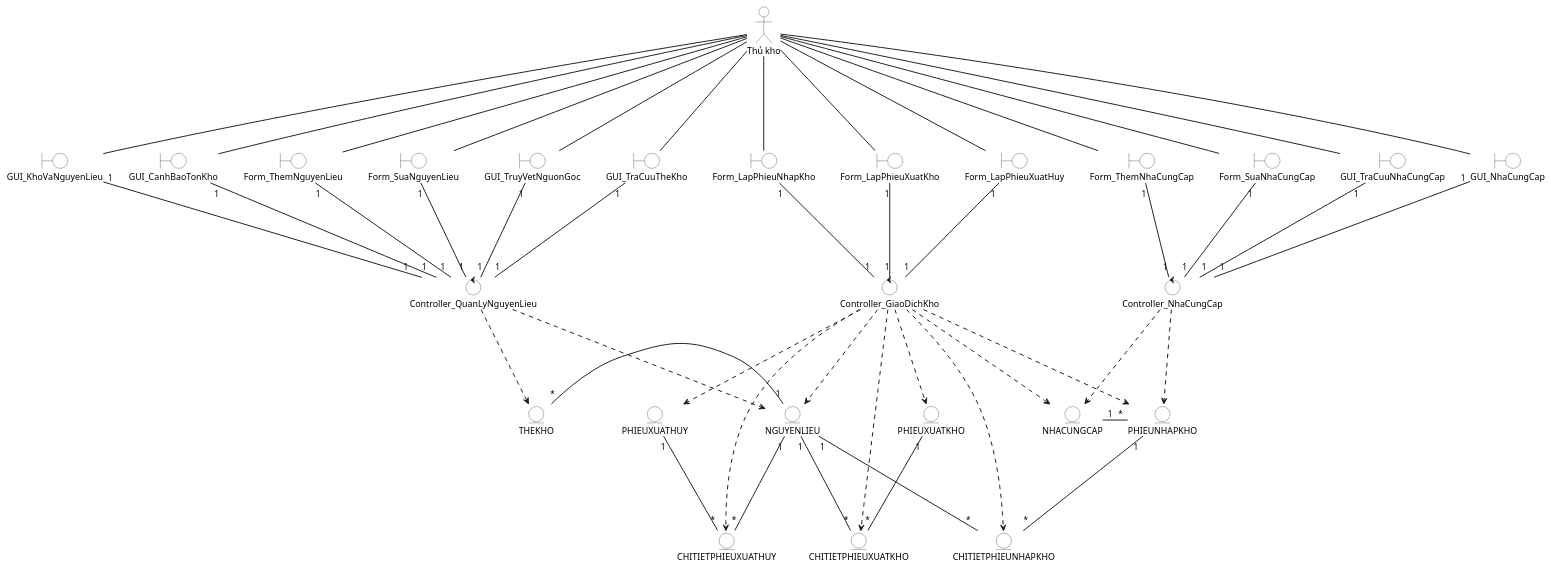
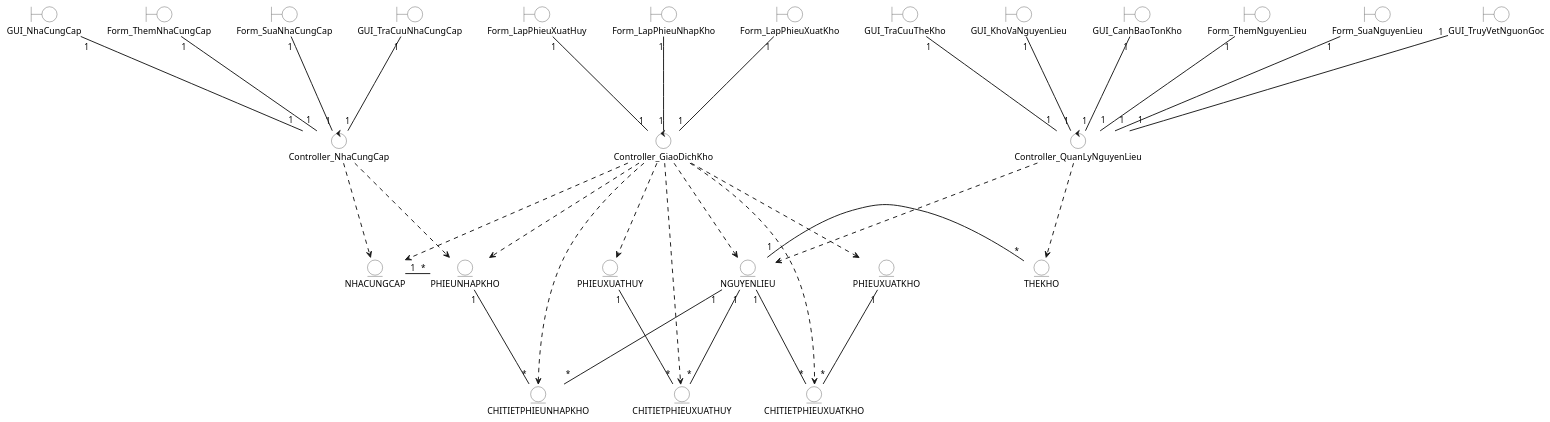
The diagram in diagram/class/general_class_for_actor/GeneralClass_ThuKho.puml (lancelotviendangkhoa710/IS-System-Development), drawn with PlantUML before and after one commit. The commit also changed 12 other files, not shown here.

Commit message:
fix general class diagram

```diff
--- a/diagram/class/general_class_for_actor/GeneralClass_ThuKho.puml
+++ b/diagram/class/general_class_for_actor/GeneralClass_ThuKho.puml
@@ -1,94 +1,94 @@
 @startuml GeneralClassDiagram_ThuKho
 top to bottom direction
 skinparam actorBackgroundColor White
 skinparam boundaryBackgroundColor White
 skinparam controlBackgroundColor White
 skinparam entityBackgroundColor White
 
 ' Điều chỉnh để thu hẹp chiều ngang và kéo giãn chiều dọc
 skinparam nodesep 40
 skinparam ranksep 150
 skinparam arrowThickness 1.5
 
-actor "Thủ kho" as TK
+' actor "Thủ kho" as TK
 
 boundary "Form_LapPhieuNhapKho"
 boundary "Form_LapPhieuXuatHuy"
 boundary "Form_LapPhieuXuatKho"
 boundary "Form_SuaNguyenLieu"
 boundary "Form_SuaNhaCungCap"
 boundary "Form_ThemNguyenLieu"
 boundary "Form_ThemNhaCungCap"
 boundary "GUI_CanhBaoTonKho"
 boundary "GUI_KhoVaNguyenLieu"
 boundary "GUI_NhaCungCap"
 boundary "GUI_TraCuuNhaCungCap"
 boundary "GUI_TraCuuTheKho"
 boundary "GUI_TruyVetNguonGoc"
 
 control "Controller_GiaoDichKho"
 control "Controller_NhaCungCap"
 control "Controller_QuanLyNguyenLieu"
 
 entity "CHITIETPHIEUNHAPKHO"
 entity "CHITIETPHIEUXUATHUY"
 entity "CHITIETPHIEUXUATKHO"
 entity "NGUYENLIEU"
 entity "NHACUNGCAP"
 entity "PHIEUNHAPKHO"
 entity "PHIEUXUATHUY"
 entity "PHIEUXUATKHO"
 entity "THEKHO"
 
-TK -- Form_LapPhieuNhapKho
-TK -- Form_LapPhieuXuatHuy
-TK -- Form_LapPhieuXuatKho
-TK -- Form_SuaNguyenLieu
-TK -- Form_SuaNhaCungCap
-TK -- Form_ThemNguyenLieu
-TK -- Form_ThemNhaCungCap
-TK -- GUI_CanhBaoTonKho
-TK -- GUI_KhoVaNguyenLieu
-TK -- GUI_NhaCungCap
-TK -- GUI_TraCuuNhaCungCap
-TK -- GUI_TraCuuTheKho
-TK -- GUI_TruyVetNguonGoc
+' TK -- Form_LapPhieuNhapKho
+' TK -- Form_LapPhieuXuatHuy
+' TK -- Form_LapPhieuXuatKho
+' TK -- Form_SuaNguyenLieu
+' TK -- Form_SuaNhaCungCap
+' TK -- Form_ThemNguyenLieu
+' TK -- Form_ThemNhaCungCap
+' TK -- GUI_CanhBaoTonKho
+' TK -- GUI_KhoVaNguyenLieu
+' TK -- GUI_NhaCungCap
+' TK -- GUI_TraCuuNhaCungCap
+' TK -- GUI_TraCuuTheKho
+' TK -- GUI_TruyVetNguonGoc
 
 Controller_GiaoDichKho "1" -up- "1" Form_LapPhieuNhapKho
 Controller_GiaoDichKho "1" -up- "1" Form_LapPhieuXuatHuy
 Controller_GiaoDichKho "1" -up- "1" Form_LapPhieuXuatKho
 Controller_GiaoDichKho .down.> CHITIETPHIEUNHAPKHO
 Controller_GiaoDichKho .down.> CHITIETPHIEUXUATHUY
 Controller_GiaoDichKho .down.> CHITIETPHIEUXUATKHO
 Controller_GiaoDichKho .down.> NGUYENLIEU
 Controller_GiaoDichKho .down.> NHACUNGCAP
 Controller_GiaoDichKho .down.> PHIEUNHAPKHO
 Controller_GiaoDichKho .down.> PHIEUXUATHUY
 Controller_GiaoDichKho .down.> PHIEUXUATKHO
 
 Controller_NhaCungCap "1" -up- "1" Form_SuaNhaCungCap
 Controller_NhaCungCap "1" -up- "1" Form_ThemNhaCungCap
 Controller_NhaCungCap "1" -up- "1" GUI_NhaCungCap
 Controller_NhaCungCap "1" -up- "1" GUI_TraCuuNhaCungCap
 Controller_NhaCungCap .down.> NHACUNGCAP
 Controller_NhaCungCap .down.> PHIEUNHAPKHO
 
 Controller_QuanLyNguyenLieu "1" -up- "1" Form_SuaNguyenLieu
 Controller_QuanLyNguyenLieu "1" -up- "1" Form_ThemNguyenLieu
 Controller_QuanLyNguyenLieu "1" -up- "1" GUI_CanhBaoTonKho
 Controller_QuanLyNguyenLieu "1" -up- "1" GUI_KhoVaNguyenLieu
 Controller_QuanLyNguyenLieu "1" -up- "1" GUI_TraCuuTheKho
 Controller_QuanLyNguyenLieu "1" -up- "1" GUI_TruyVetNguonGoc
 Controller_QuanLyNguyenLieu .down.> NGUYENLIEU
 Controller_QuanLyNguyenLieu .down.> THEKHO
 
 NGUYENLIEU "1" -- "*" CHITIETPHIEUNHAPKHO
 NGUYENLIEU "1" -- "*" CHITIETPHIEUXUATHUY
 NGUYENLIEU "1" -- "*" CHITIETPHIEUXUATKHO
 NGUYENLIEU "1" -left- "*" THEKHO
 NHACUNGCAP "1" -right- "*" PHIEUNHAPKHO
 PHIEUNHAPKHO "1" -- "*" CHITIETPHIEUNHAPKHO
 PHIEUXUATHUY "1" -- "*" CHITIETPHIEUXUATHUY
 PHIEUXUATKHO "1" -- "*" CHITIETPHIEUXUATKHO
 
 @enduml
```
